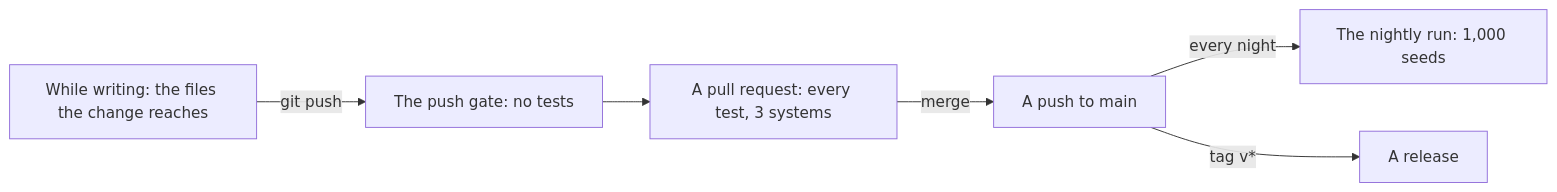
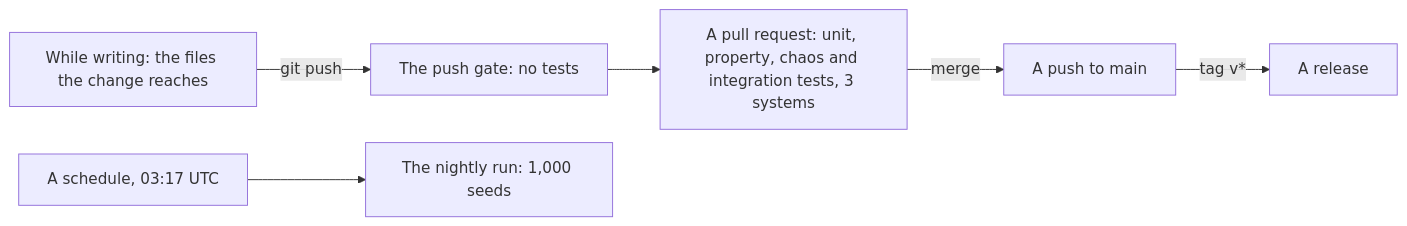
One commit to EdwinBekaert/foedrum changed the diagram in docs/design/testing/README.md. Above: the diagram before and after it, drawn with Mermaid. The commit also changed 3 other files, not shown here.

````diff
--- a/docs/design/testing/README.md
+++ b/docs/design/testing/README.md
@@ -25,8 +25,8 @@
 ```mermaid
 flowchart LR
   W["While writing: the files the change reaches"] -->|"git push"| G["The push gate: no tests"]
-  G --> PR["A pull request: every test, 3 systems"]
+  G --> PR["A pull request: unit, property, chaos and integration tests, 3 systems"]
   PR -->|"merge"| M["A push to main"]
-  M -->|"every night"| N["The nightly run: 1,000 seeds"]
   M -->|"tag v*"| R["A release"]
+  S["A schedule, 03:17 UTC"] --> N["The nightly run: 1,000 seeds"]
 ```
````
